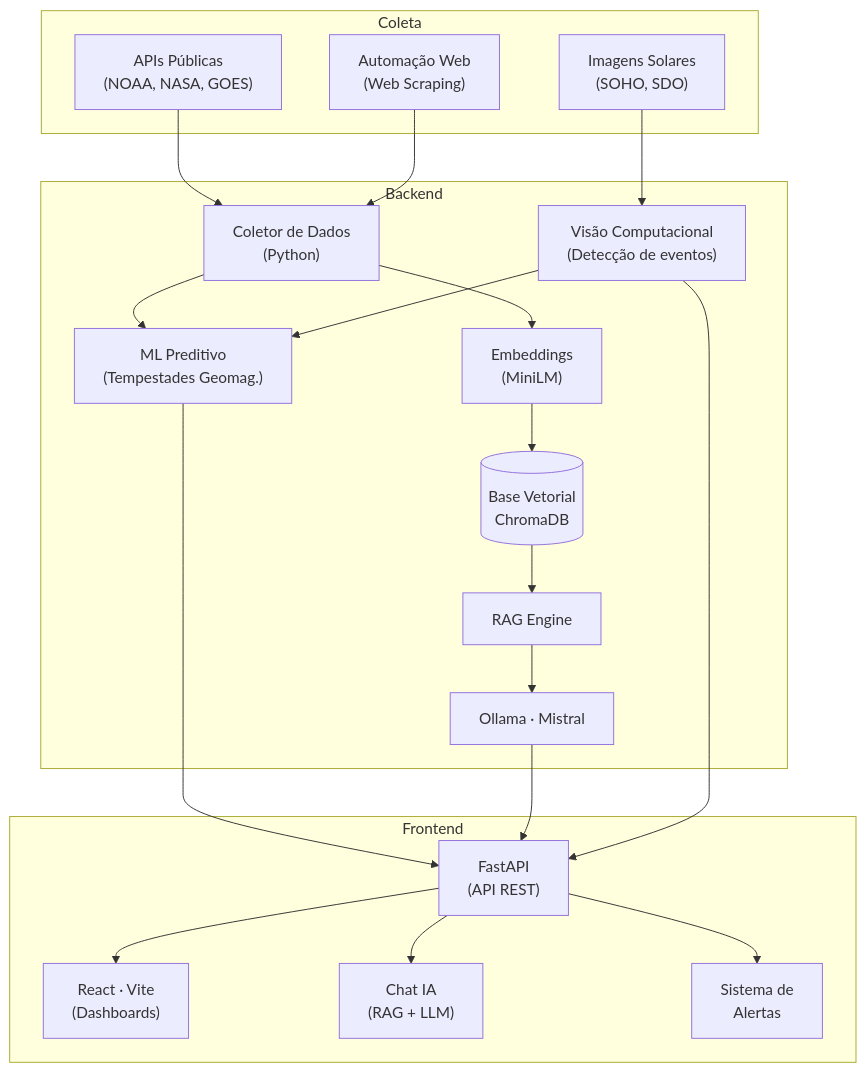
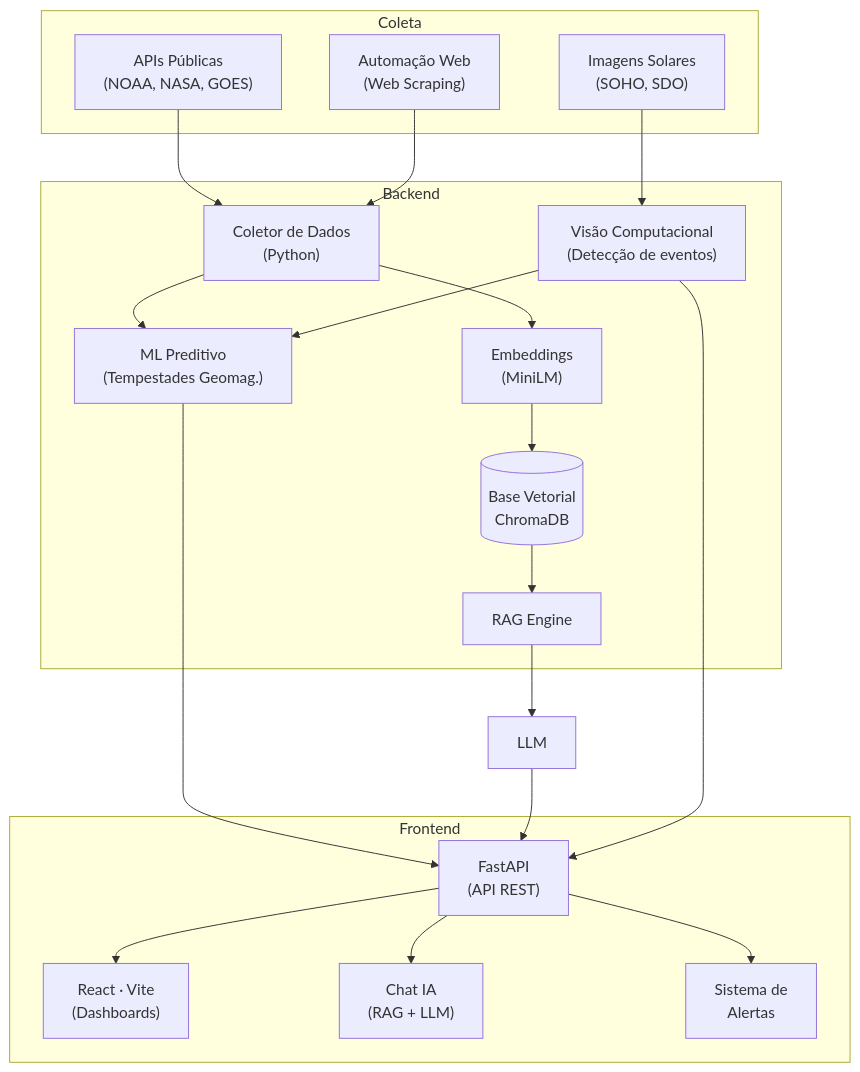
One commit to ReMendess/space-climate-monitor changed the diagram in README.md. Above: the diagram before and after it, drawn with Mermaid. The commit also changed other lines of this file and 1 other file, not shown here.

````diff
--- a/README.md
+++ b/README.md
@@ -187,40 +187,39 @@
 ```mermaid
 flowchart TB
     subgraph Coleta
         API["APIs Públicas<br>(NOAA, NASA, GOES)"]
         WEB["Automação Web<br>(Web Scraping)"]
         IMG["Imagens Solares<br>(SOHO, SDO)"]
     end
 
     subgraph Backend
         COL["Coletor de Dados<br>(Python)"]
         CV["Visão Computacional<br>(Detecção de eventos)"]
         ML["ML Preditivo<br>(Tempestades Geomag.)"]
         EMB["Embeddings<br>(MiniLM)"]
         VDB[("Base Vetorial<br>ChromaDB")]
         RAG["RAG Engine"]
-        LLM["Ollama · Mistral"]
     end
 
     subgraph Frontend
         API_REST["FastAPI<br>(API REST)"]
         REACT["React · Vite<br>(Dashboards)"]
         CHAT["Chat IA<br>(RAG + LLM)"]
         ALERT["Sistema de<br>Alertas"]
     end
 
     API --> COL
     WEB --> COL
     IMG --> CV
     COL --> ML
     COL --> EMB --> VDB
     CV --> ML
     VDB --> RAG
     RAG --> LLM
     ML --> API_REST
     LLM --> API_REST
     CV --> API_REST
     API_REST --> REACT
     API_REST --> CHAT
     API_REST --> ALERT
 ```
````
